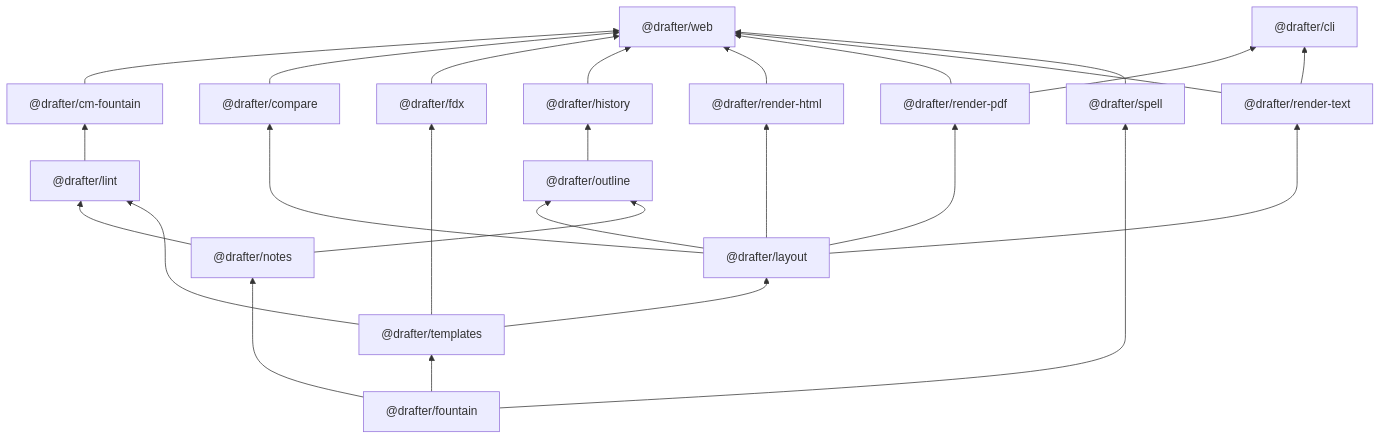
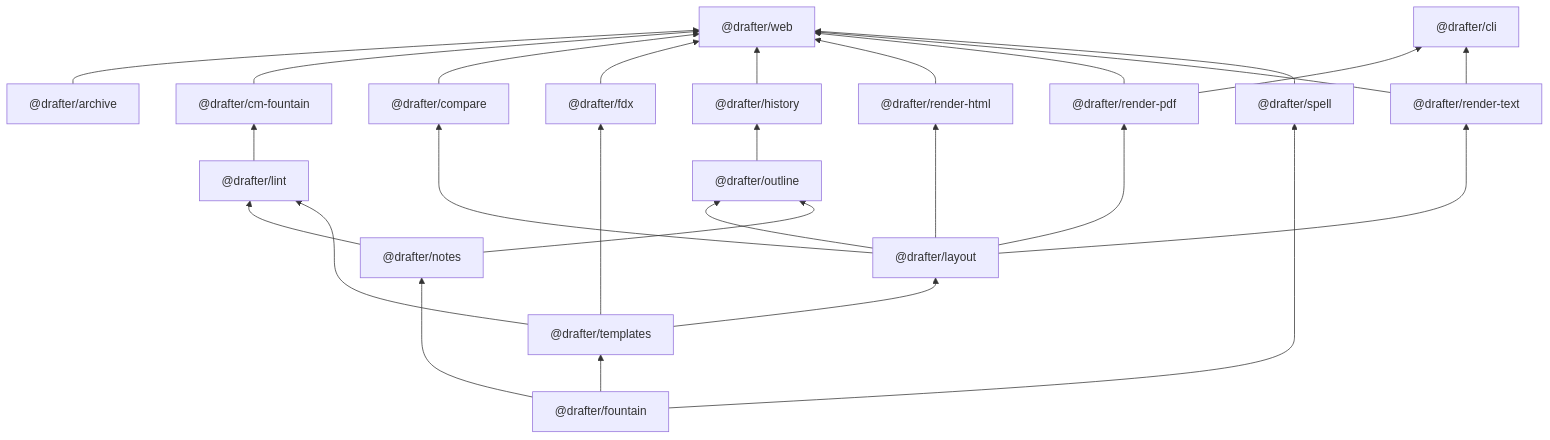
The first of 5 diagrams in docs/technical-details.md (cschweda/drafter), drawn with Mermaid before and after one commit. The commit also changed 24 other files, not shown here.

````diff
--- a/docs/technical-details.md
+++ b/docs/technical-details.md
@@ -36,44 +36,46 @@
 ```mermaid
 flowchart BT
   web["@drafter/web"]
   cli["@drafter/cli"]
   cm_fountain["@drafter/cm-fountain"]
   outline["@drafter/outline"]
   compare["@drafter/compare"]
   history["@drafter/history"]
   render_pdf["@drafter/render-pdf"]
   render_html["@drafter/render-html"]
   render_text["@drafter/render-text"]
   layout["@drafter/layout"]
   lint["@drafter/lint"]
   fdx["@drafter/fdx"]
+  archive["@drafter/archive"]
   templates["@drafter/templates"]
   notes["@drafter/notes"]
   spell["@drafter/spell"]
   fountain["@drafter/fountain"]
+  archive --> web
   cm_fountain --> web
   compare --> web
   fdx --> web
   history --> web
   render_html --> web
   render_pdf --> web
   render_text --> web
   spell --> web
   render_pdf --> cli
   render_text --> cli
   lint --> cm_fountain
   layout --> outline
   notes --> outline
   layout --> compare
   outline --> history
   layout --> render_pdf
   layout --> render_html
   layout --> render_text
   templates --> layout
   notes --> lint
   templates --> lint
   templates --> fdx
   fountain --> templates
   fountain --> notes
   fountain --> spell
 ```
````
